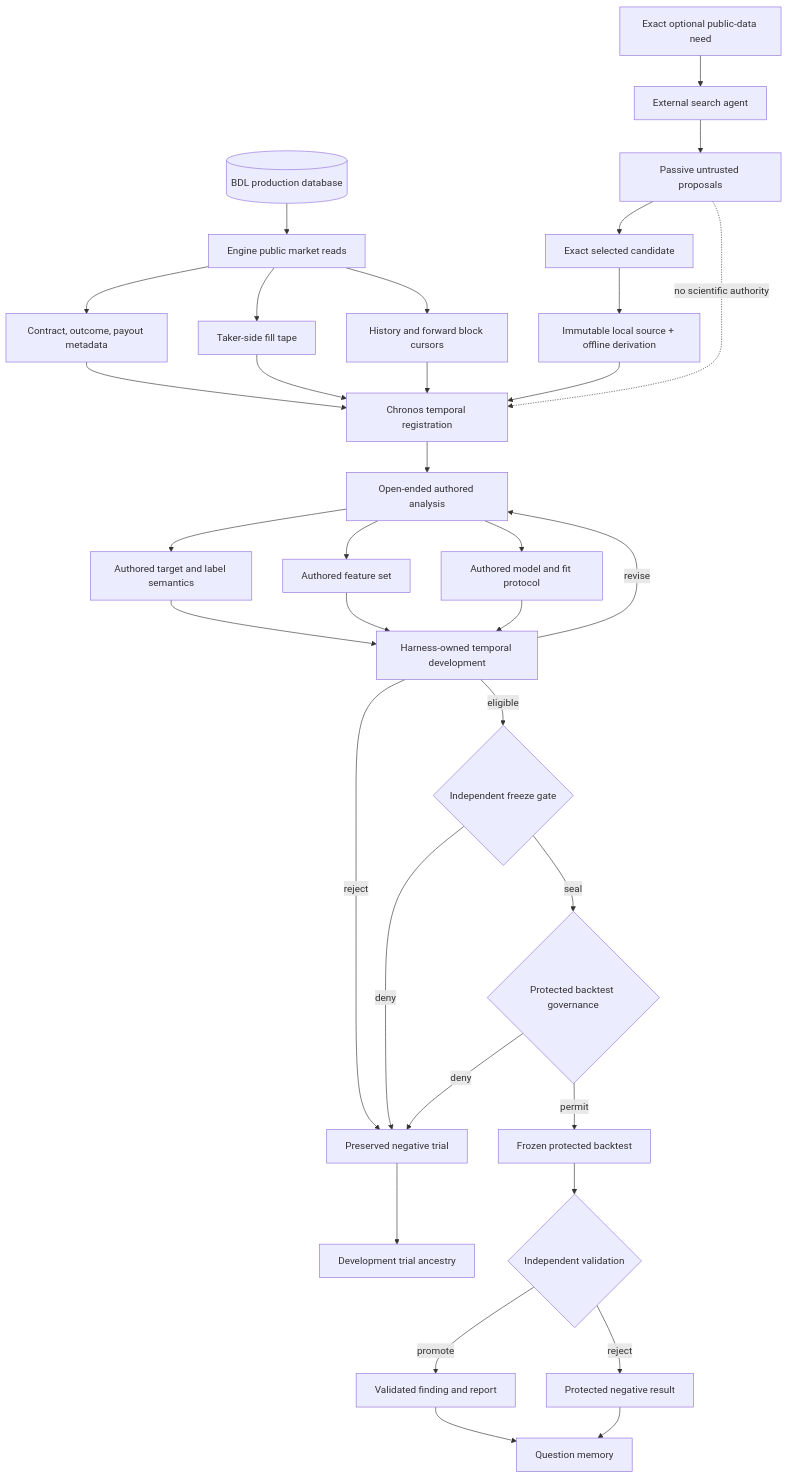
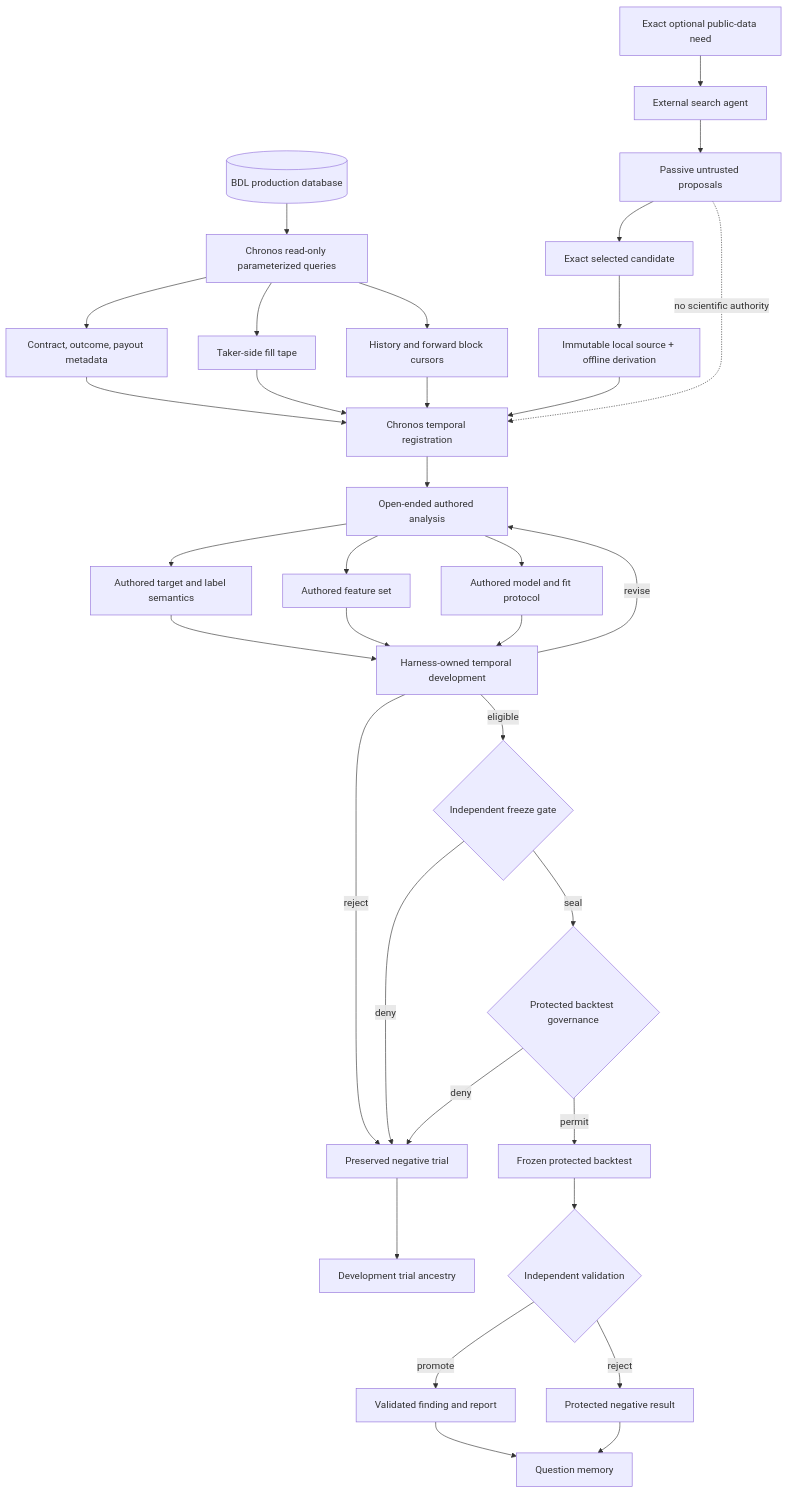
Before and after one commit to kthaisociety/Polymarket: the third of 4 diagrams in README.md, drawn with Mermaid. The commit also changed other lines of this file and 265 other files, not shown here.

````diff
--- a/README.md
+++ b/README.md
@@ -124,38 +125,38 @@
 ```mermaid
 flowchart TD
-    DB[("BDL production database")] --> READ["Engine public market reads"]
+    DB[("BDL production database")] --> READ["Chronos read-only parameterized queries"]
     READ --> META["Contract, outcome, payout metadata"]
     READ --> TAPE["Taker-side fill tape"]
     READ --> VINTAGE["History and forward block cursors"]
     META --> REGISTER["Chronos temporal registration"]
     TAPE --> REGISTER
     VINTAGE --> REGISTER
 
     NEED["Exact optional public-data need"] --> SCOUT["External search agent"]
     SCOUT --> PROPOSAL["Passive untrusted proposals"]
     PROPOSAL --> SELECT["Exact selected candidate"]
     SELECT --> LOCAL["Immutable local source + offline derivation"]
     LOCAL --> REGISTER
     PROPOSAL -. "no scientific authority" .-> REGISTER
 
     REGISTER --> ANALYSIS["Open-ended authored analysis"]
     ANALYSIS --> LABELS["Authored target and label semantics"]
     ANALYSIS --> FEATURES["Authored feature set"]
     ANALYSIS --> MODELS["Authored model and fit protocol"]
     LABELS --> DEVELOPMENT["Harness-owned temporal development"]
     FEATURES --> DEVELOPMENT
     MODELS --> DEVELOPMENT
     DEVELOPMENT -->|"revise"| ANALYSIS
     DEVELOPMENT -->|"reject"| NEGATIVE_DEV["Preserved negative trial"]
     DEVELOPMENT -->|"eligible"| FREEZE{"Independent freeze gate"}
     FREEZE -->|"deny"| NEGATIVE_DEV
     FREEZE -->|"seal"| PROTECTED{"Protected backtest governance"}
     PROTECTED -->|"deny"| NEGATIVE_DEV
     PROTECTED -->|"permit"| BACKTEST["Frozen protected backtest"]
     BACKTEST --> VALIDATE{"Independent validation"}
     VALIDATE -->|"promote"| FINDING["Validated finding and report"]
     VALIDATE -->|"reject"| NEGATIVE["Protected negative result"]
     FINDING --> MEMORY["Question memory"]
     NEGATIVE --> MEMORY
     NEGATIVE_DEV --> HISTORY["Development trial ancestry"]
 ```
````
